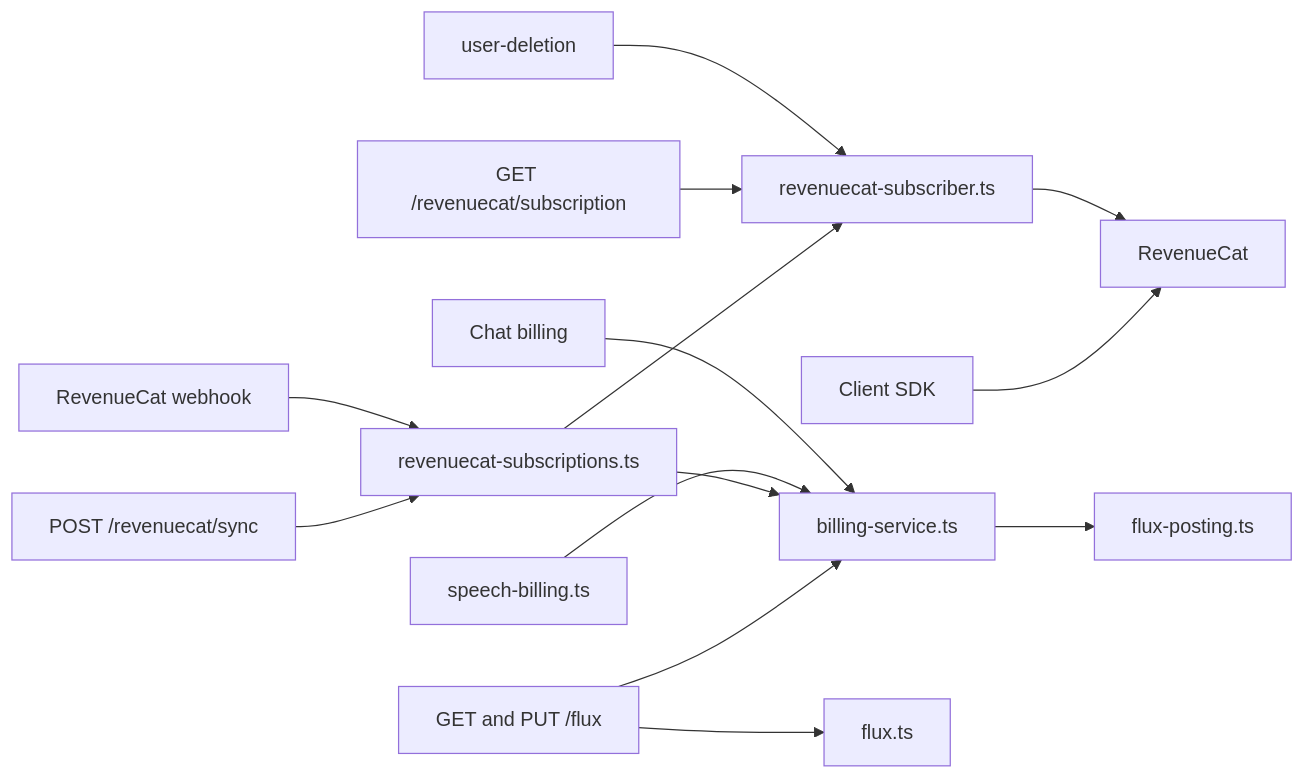
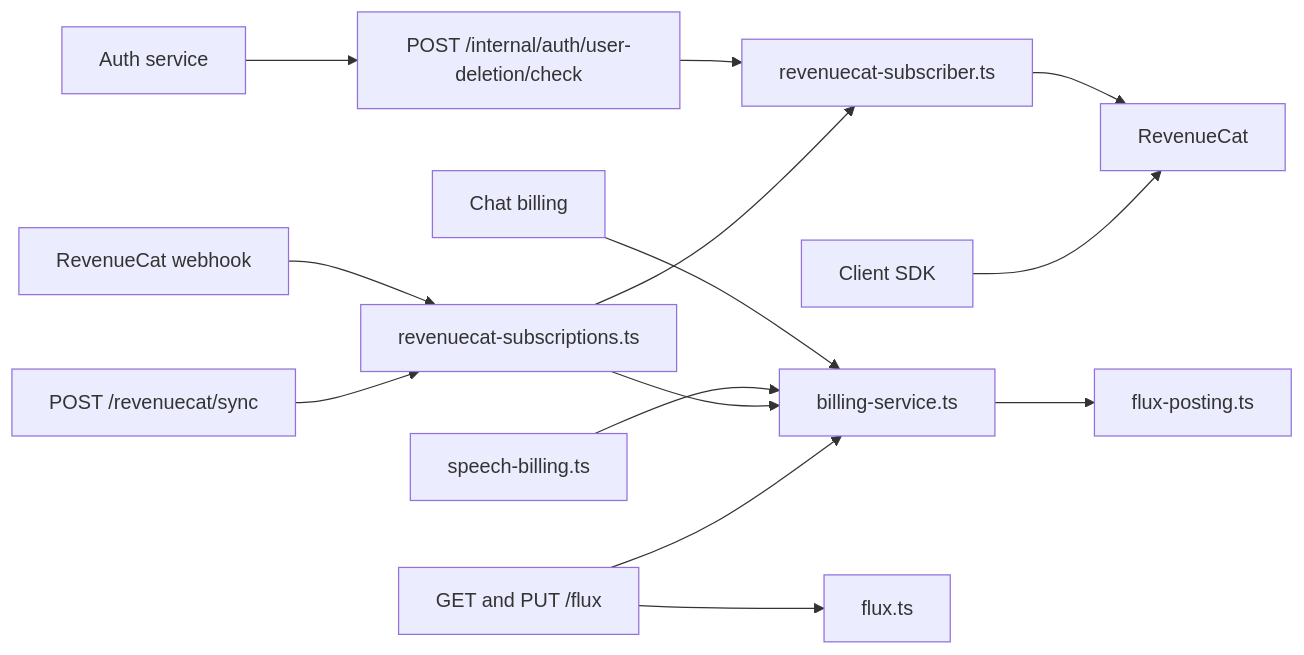
The first of 2 diagrams in server/docs/ai/adr/2026-10-04-subscription-credits.md (moeru-ai/airi), drawn with Mermaid before and after one commit. The commit also changed other lines of this file and 16 other files, not shown here.

First line of the commit message:
fix(api,auth,stage-pages): check a deletion before the email and before the revocation

````diff
--- a/server/docs/ai/adr/2026-10-04-subscription-credits.md
+++ b/server/docs/ai/adr/2026-10-04-subscription-credits.md
@@ -172,16 +180,16 @@
 ```mermaid
 flowchart LR
   Chat[Chat billing] --> Billing[billing-service.ts]
   Speech[speech-billing.ts] --> Billing
   Billing --> Posting[flux-posting.ts]
   Webhook[RevenueCat webhook] --> Sync["revenuecat-subscriptions.ts"]
   SyncRoute["POST /revenuecat/sync"] --> Sync
-  Deletion[user-deletion] --> Reader
-  AccountPage["GET /revenuecat/subscription"] --> Reader
+  Auth[Auth service] --> Check["POST /internal/auth/user-deletion/check"]
+  Check --> Reader
   Sync --> Reader["revenuecat-subscriber.ts"]
   Reader --> RC[RevenueCat]
   Sync --> Billing
   Client[Client SDK] --> RC
   FluxRoute["GET and PUT /flux"] --> Billing
   FluxRoute --> FluxService[flux.ts]
 ```
````
